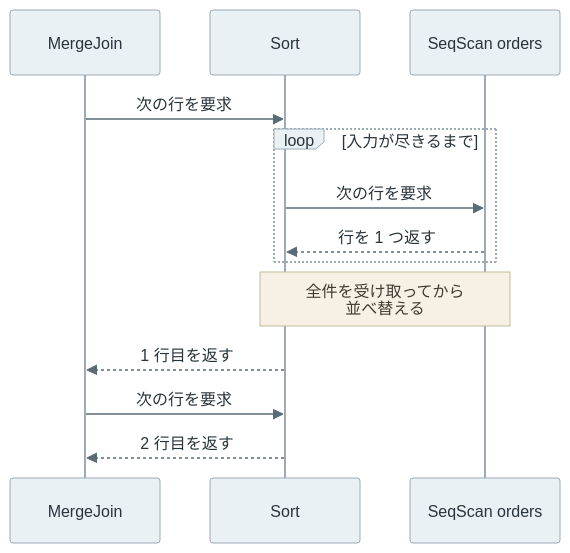
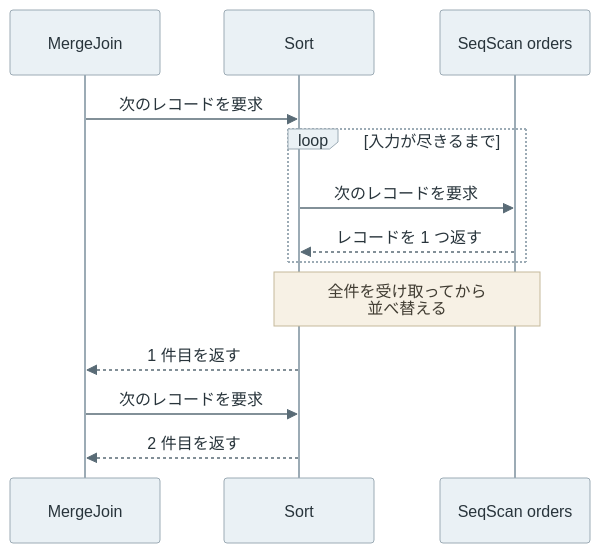
One commit to nao1215/debimate changed the sixth of 6 diagrams in content/notes/database-systems/query-processing/index.md. Above: the diagram before and after it, drawn with Mermaid. The commit also changed other lines of this file and 125 other files, not shown here.

````diff
--- a/content/notes/database-systems/query-processing/index.md
+++ b/content/notes/database-systems/query-processing/index.md
@@ -260,16 +272,16 @@
 ```mermaid
 %%{init: {"theme":"base","themeVariables":{"primaryColor":"#eaf1f5","primaryTextColor":"#28343b","primaryBorderColor":"#9cabb5","lineColor":"#596b76","textColor":"#28343b","actorBkg":"#eaf1f5","actorBorder":"#9cabb5","actorTextColor":"#28343b","actorLineColor":"#9cabb5","signalColor":"#596b76","signalTextColor":"#28343b","noteBkgColor":"#f7f1e5","noteBorderColor":"#c5b99b","noteTextColor":"#403c32","activationBkgColor":"#edf3ef","activationBorderColor":"#9aafa1"}}}%%
 sequenceDiagram
     participant M as MergeJoin
     participant S as Sort
     participant Q as SeqScan orders
-    M->>S: 次の行を要求
+    M->>S: 次のレコードを要求
     loop 入力が尽きるまで
-        S->>Q: 次の行を要求
-        Q-->>S: 行を 1 つ返す
+        S->>Q: 次のレコードを要求
+        Q-->>S: レコードを 1 つ返す
     end
     Note over S,Q: 全件を受け取ってから<br/>並べ替える
-    S-->>M: 1 行目を返す
-    M->>S: 次の行を要求
-    S-->>M: 2 行目を返す
+    S-->>M: 1 件目を返す
+    M->>S: 次のレコードを要求
+    S-->>M: 2 件目を返す
 ```
````
